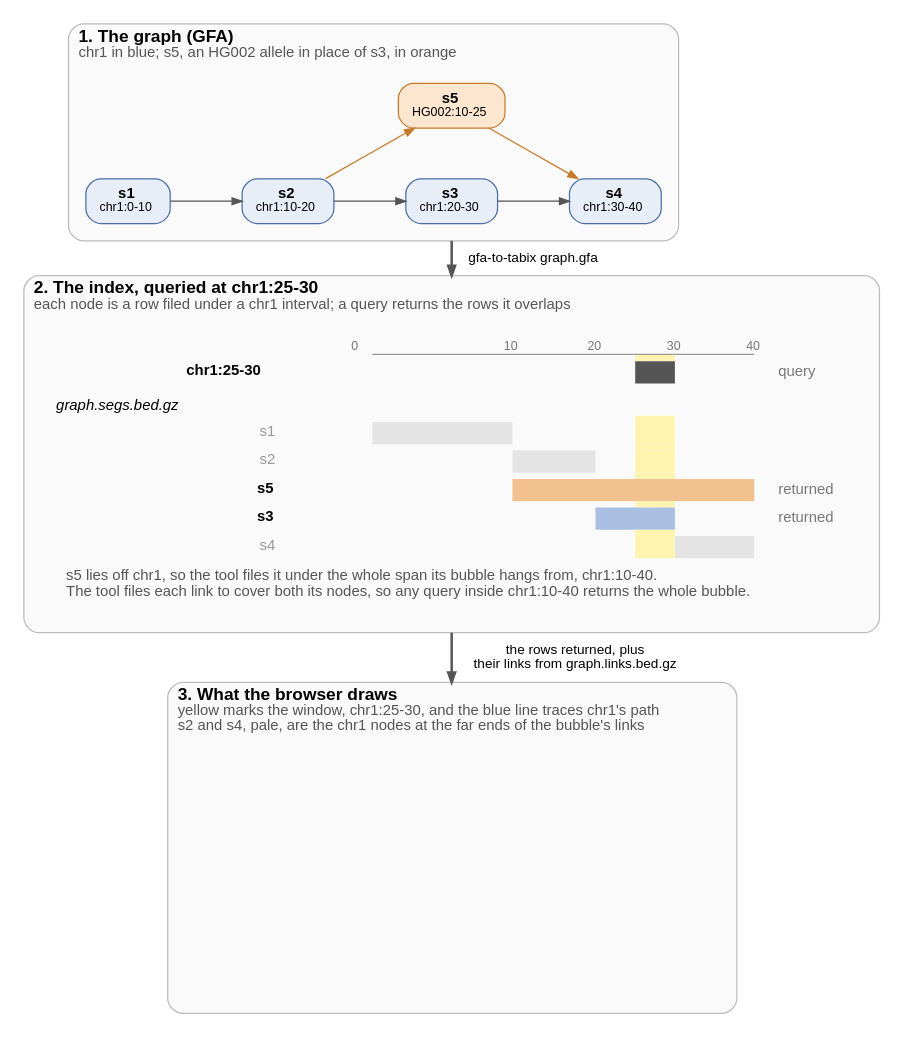
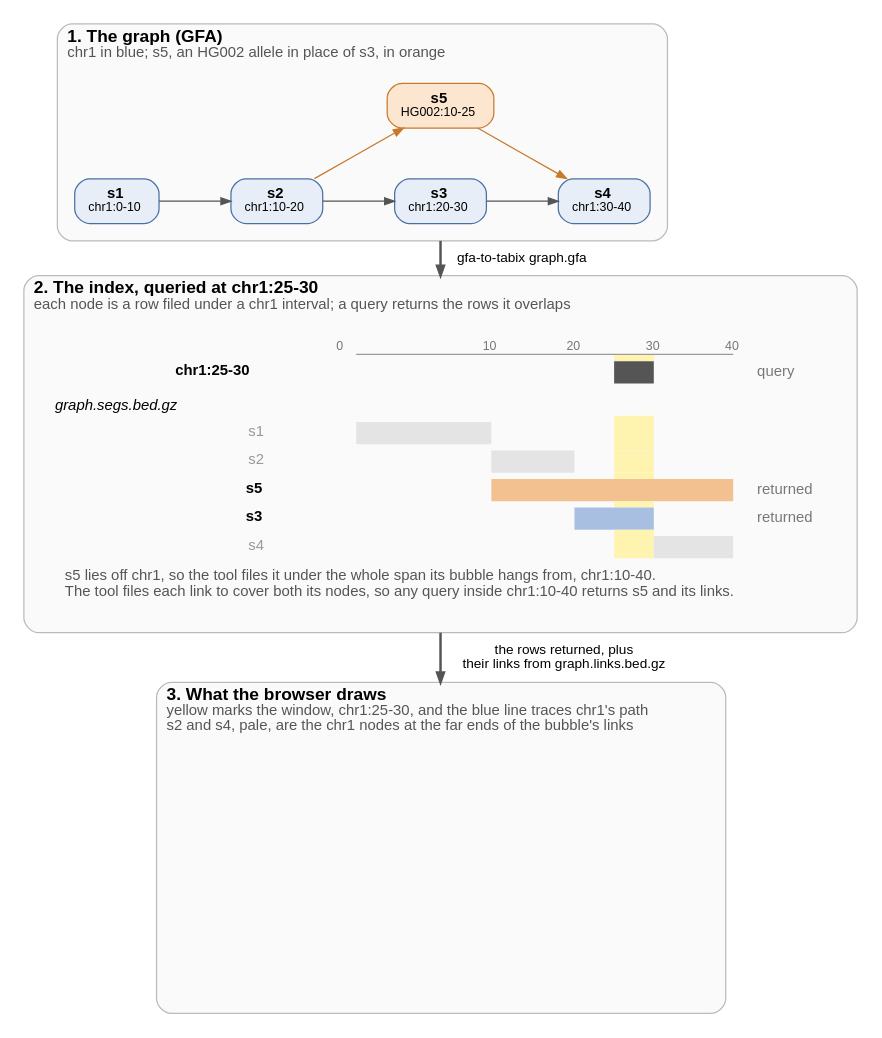
Before and after one commit to GMOD/gfa-to-tabix: the diagram in docs/figures/overview.dot, drawn with Graphviz. The commit also changed 7 other files, not shown here.

```diff
--- a/docs/figures/overview.dot
+++ b/docs/figures/overview.dot
@@ -1,73 +1,73 @@
 // scripts/figures.py fills the marked rows from the tool's output and draws this figure
 digraph overview {
   bgcolor="white"
   fontname="Helvetica"
   newrank=true
   compound=true
   nodesep=0.4
   ranksep=0.55
   node [fontname="Helvetica", fontsize=12, shape=box, style="filled,rounded", fillcolor="#e8eef7", color="#4a6fa5", margin="0.15,0.06"]
   edge [fontname="Helvetica", fontsize=11, color="#555555", arrowsize=0.8]
 
   subgraph {
     graph [labeljust=l, fontsize=14, color="#bbbbbb", style="rounded,filled", fillcolor="#fafafa", margin=14]
 
     subgraph cluster_graph {
       label=<<B>1. The graph (GFA)</B><BR ALIGN="LEFT"/><FONT POINT-SIZE="12" COLOR="#555555">chr1 in blue; s5, an HG002 allele in place of s3, in orange</FONT><BR ALIGN="LEFT"/>>
       // begin graph
       s1 [label=<<B>s1</B><BR/><FONT POINT-SIZE="10">chr1:0-10</FONT>>]
       s2 [label=<<B>s2</B><BR/><FONT POINT-SIZE="10">chr1:10-20</FONT>>]
       s3 [label=<<B>s3</B><BR/><FONT POINT-SIZE="10">chr1:20-30</FONT>>]
       s4 [label=<<B>s4</B><BR/><FONT POINT-SIZE="10">chr1:30-40</FONT>>]
       s5 [label=<<B>s5</B><BR/><FONT POINT-SIZE="10">HG002:10-25</FONT>>, fillcolor="#fde6cf", color="#c77a2b"]
       {rank=same; s1; s2; s3; s4}
       s1 -> s2 [weight=20]
       s2 -> s3 [weight=20]
       s2 -> s5 [color="#c77a2b", constraint=false]
       s3 -> s4 [weight=20]
       s5 -> s4 [color="#c77a2b", constraint=false]
       s5 -> s3 [style=invis, weight=20]
       // end graph
     }
 
     subgraph cluster_query {
       label=<<B>2. The index, queried at chr1:25-30</B><BR ALIGN="LEFT"/><FONT POINT-SIZE="12" COLOR="#555555">each node is a row filed under a chr1 interval; a query returns the rows it overlaps</FONT><BR ALIGN="LEFT"/>>
       hits [shape=plaintext, style="", label=<
         <TABLE BORDER="0" CELLBORDER="0" CELLSPACING="0" CELLPADDING="0">
           <!-- begin lanes -->
           <TR><TD></TD><TD WIDTH="16"></TD><TD WIDTH="16"></TD><TD WIDTH="16"></TD><TD WIDTH="16"></TD><TD WIDTH="16"></TD><TD WIDTH="16"></TD><TD WIDTH="16"></TD><TD WIDTH="16"></TD><TD WIDTH="16"></TD><TD WIDTH="16"></TD><TD WIDTH="16"></TD><TD WIDTH="16"></TD><TD WIDTH="16"></TD><TD WIDTH="16"></TD><TD WIDTH="16"></TD><TD WIDTH="16"></TD><TD WIDTH="16"></TD><TD WIDTH="16"></TD><TD></TD></TR>
           <TR><TD></TD><TD COLSPAN="2"><FONT POINT-SIZE="10" COLOR="#777777">0</FONT></TD><TD COLSPAN="2"></TD><TD COLSPAN="2"><FONT POINT-SIZE="10" COLOR="#777777">10</FONT></TD><TD COLSPAN="2"></TD><TD COLSPAN="2"><FONT POINT-SIZE="10" COLOR="#777777">20</FONT></TD><TD COLSPAN="2"></TD><TD COLSPAN="2"><FONT POINT-SIZE="10" COLOR="#777777">30</FONT></TD><TD COLSPAN="2"></TD><TD COLSPAN="2"><FONT POINT-SIZE="10" COLOR="#777777">40</FONT></TD><TD></TD></TR>
           <TR><TD HEIGHT="1"></TD><TD></TD><TD COLSPAN="16" BGCOLOR="#999999"></TD><TD></TD><TD></TD></TR>
           <TR><TD HEIGHT="5"></TD><TD></TD><TD></TD><TD></TD><TD></TD><TD></TD><TD></TD><TD></TD><TD></TD><TD></TD><TD></TD><TD></TD><TD BGCOLOR="#fff3b0"></TD><TD BGCOLOR="#fff3b0"></TD><TD></TD><TD></TD><TD></TD><TD></TD><TD></TD><TD></TD></TR>
           <TR><TD ALIGN="RIGHT" HEIGHT="18"><B>chr1:25-30</B>  </TD><TD></TD><TD COLSPAN="10"></TD><TD COLSPAN="2" BGCOLOR="#555555"></TD><TD COLSPAN="4"></TD><TD></TD><TD ALIGN="LEFT"><FONT POINT-SIZE="12" COLOR="#777777">  query</FONT></TD></TR>
           <TR><TD COLSPAN="20" ALIGN="LEFT" HEIGHT="26" VALIGN="BOTTOM"><I>graph.segs.bed.gz</I></TD></TR>
           <TR><TD HEIGHT="5"></TD><TD></TD><TD></TD><TD></TD><TD></TD><TD></TD><TD></TD><TD></TD><TD></TD><TD></TD><TD></TD><TD></TD><TD BGCOLOR="#fff3b0"></TD><TD BGCOLOR="#fff3b0"></TD><TD></TD><TD></TD><TD></TD><TD></TD><TD></TD><TD></TD></TR>
           <TR><TD ALIGN="RIGHT" HEIGHT="18"><FONT COLOR="#999999">s1</FONT>  </TD><TD></TD><TD COLSPAN="4" BGCOLOR="#e4e4e4"></TD><TD COLSPAN="6"></TD><TD COLSPAN="2" BGCOLOR="#fff3b0"></TD><TD COLSPAN="4"></TD><TD></TD><TD ALIGN="LEFT"></TD></TR>
           <TR><TD HEIGHT="5"></TD><TD></TD><TD></TD><TD></TD><TD></TD><TD></TD><TD></TD><TD></TD><TD></TD><TD></TD><TD></TD><TD></TD><TD BGCOLOR="#fff3b0"></TD><TD BGCOLOR="#fff3b0"></TD><TD></TD><TD></TD><TD></TD><TD></TD><TD></TD><TD></TD></TR>
           <TR><TD ALIGN="RIGHT" HEIGHT="18"><FONT COLOR="#999999">s2</FONT>  </TD><TD></TD><TD COLSPAN="4"></TD><TD COLSPAN="4" BGCOLOR="#e4e4e4"></TD><TD COLSPAN="2"></TD><TD COLSPAN="2" BGCOLOR="#fff3b0"></TD><TD COLSPAN="4"></TD><TD></TD><TD ALIGN="LEFT"></TD></TR>
           <TR><TD HEIGHT="5"></TD><TD></TD><TD></TD><TD></TD><TD></TD><TD></TD><TD></TD><TD></TD><TD></TD><TD></TD><TD></TD><TD></TD><TD BGCOLOR="#fff3b0"></TD><TD BGCOLOR="#fff3b0"></TD><TD></TD><TD></TD><TD></TD><TD></TD><TD></TD><TD></TD></TR>
           <TR><TD ALIGN="RIGHT" HEIGHT="18"><B>s5</B>  </TD><TD></TD><TD COLSPAN="4"></TD><TD COLSPAN="12" BGCOLOR="#f3c08f"></TD><TD></TD><TD ALIGN="LEFT"><FONT POINT-SIZE="12" COLOR="#777777">  returned</FONT></TD></TR>
           <TR><TD HEIGHT="5"></TD><TD></TD><TD></TD><TD></TD><TD></TD><TD></TD><TD></TD><TD></TD><TD></TD><TD></TD><TD></TD><TD></TD><TD BGCOLOR="#fff3b0"></TD><TD BGCOLOR="#fff3b0"></TD><TD></TD><TD></TD><TD></TD><TD></TD><TD></TD><TD></TD></TR>
           <TR><TD ALIGN="RIGHT" HEIGHT="18"><B>s3</B>  </TD><TD></TD><TD COLSPAN="8"></TD><TD COLSPAN="4" BGCOLOR="#a9bfe2"></TD><TD COLSPAN="4"></TD><TD></TD><TD ALIGN="LEFT"><FONT POINT-SIZE="12" COLOR="#777777">  returned</FONT></TD></TR>
           <TR><TD HEIGHT="5"></TD><TD></TD><TD></TD><TD></TD><TD></TD><TD></TD><TD></TD><TD></TD><TD></TD><TD></TD><TD></TD><TD></TD><TD BGCOLOR="#fff3b0"></TD><TD BGCOLOR="#fff3b0"></TD><TD></TD><TD></TD><TD></TD><TD></TD><TD></TD><TD></TD></TR>
           <TR><TD ALIGN="RIGHT" HEIGHT="18"><FONT COLOR="#999999">s4</FONT>  </TD><TD></TD><TD COLSPAN="10"></TD><TD COLSPAN="2" BGCOLOR="#fff3b0"></TD><TD COLSPAN="4" BGCOLOR="#e4e4e4"></TD><TD></TD><TD ALIGN="LEFT"></TD></TR>
           <!-- end lanes -->
           <!-- begin caption -->
-          <TR><TD BORDER="0" CELLPADDING="8" COLSPAN="20" ALIGN="LEFT" BALIGN="LEFT"><FONT POINT-SIZE="12" COLOR="#555555">s5 lies off chr1, so the tool files it under the whole span its bubble hangs from, chr1:10-40.<BR/>The tool files each link to cover both its nodes, so any query inside chr1:10-40 returns the whole bubble.</FONT></TD></TR>
+          <TR><TD BORDER="0" CELLPADDING="8" COLSPAN="20" ALIGN="LEFT" BALIGN="LEFT"><FONT POINT-SIZE="12" COLOR="#555555">s5 lies off chr1, so the tool files it under the whole span its bubble hangs from, chr1:10-40.<BR/>The tool files each link to cover both its nodes, so any query inside chr1:10-40 returns s5 and its links.</FONT></TD></TR>
           <!-- end caption -->
         </TABLE>>]
     }
 
     subgraph cluster_drawn {
       label=<<B>3. What the browser draws</B><BR ALIGN="LEFT"/><FONT POINT-SIZE="12" COLOR="#555555">yellow marks the window, chr1:25-30, and the blue line traces chr1's path<BR ALIGN="LEFT"/>s2 and s4, pale, are the chr1 nodes at the far ends of the bubble's links</FONT><BR ALIGN="LEFT"/>>
       // begin drawn
       drawn [shape=box, style="", color=transparent, label="", fixedsize=true, width=5.29, height=2.68]
       // end drawn
     }
   }
 
   // begin arrows
   s3 -> hits [ltail=cluster_graph, lhead=cluster_query, label="  gfa-to-tabix graph.gfa", penwidth=2]
   hits -> drawn [ltail=cluster_query, lhead=cluster_drawn, label="  the rows returned, plus\n  their links from graph.links.bed.gz", penwidth=2]
   // end arrows
 }
```
